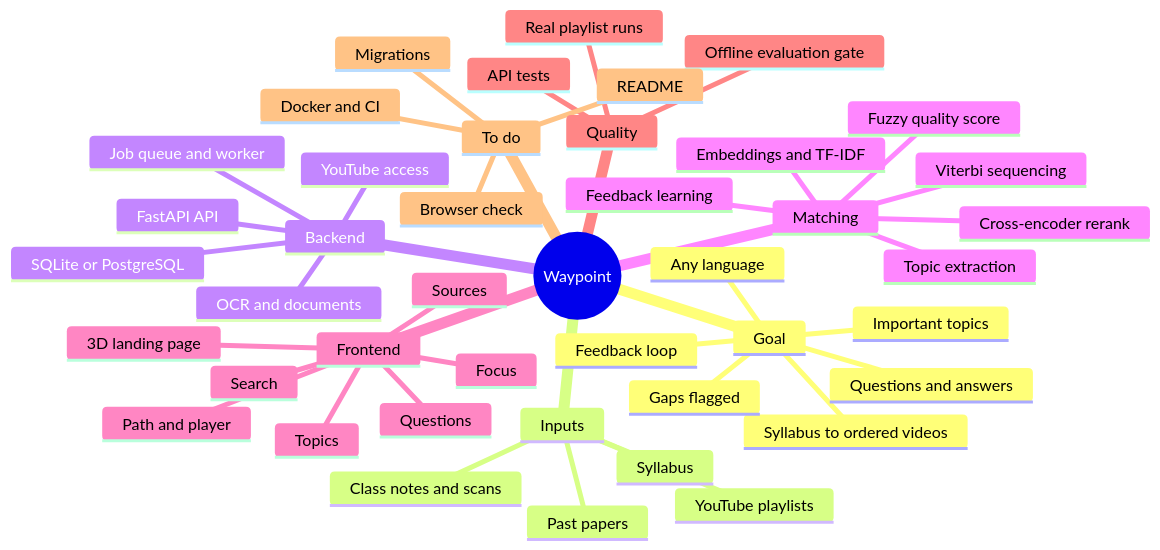
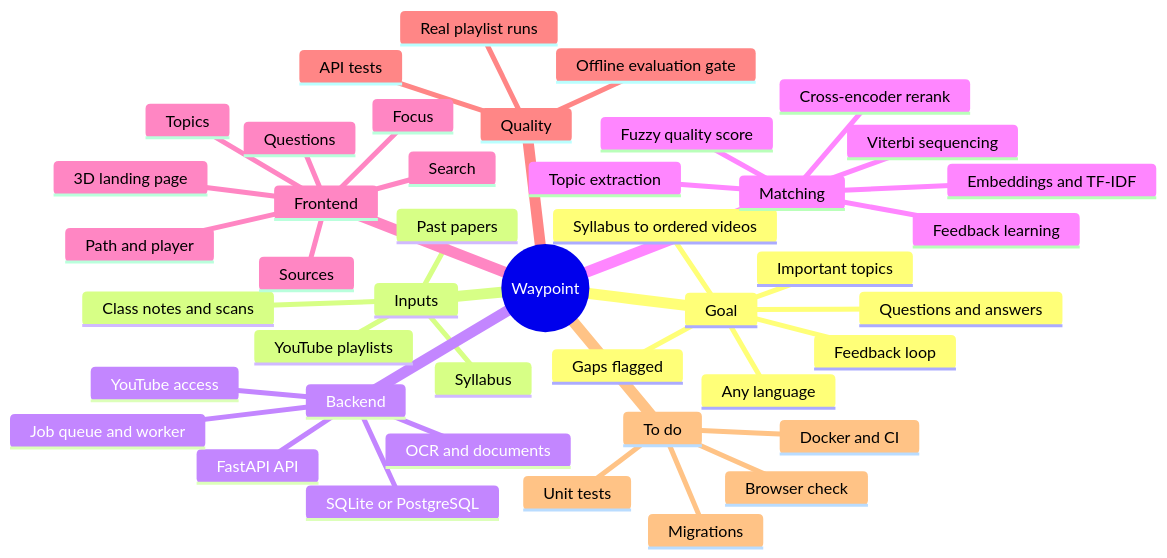
Before and after one commit to R-PAl-AIhub/Ai-powered-video-recommendation-system-for-students: the diagram in docs/Project Map.md, drawn with Mermaid. The commit also changed 5 other files, not shown here.

````diff
--- a/docs/Project Map.md
+++ b/docs/Project Map.md
@@ -16,46 +16,46 @@
 ```mermaid
 mindmap
   root((Waypoint))
     Goal
       Syllabus to ordered videos
       Gaps flagged
       Important topics
       Questions and answers
       Feedback loop
       Any language
     Inputs
       YouTube playlists
       Syllabus
       Past papers
       Class notes and scans
     Backend
       FastAPI API
       Job queue and worker
       SQLite or PostgreSQL
       YouTube access
       OCR and documents
     Matching
       Topic extraction
       Embeddings and TF-IDF
       Cross-encoder rerank
       Fuzzy quality score
       Viterbi sequencing
       Feedback learning
     Frontend
       3D landing page
       Sources
       Path and player
       Focus
       Questions
       Search
       Topics
     Quality
       API tests
       Offline evaluation gate
       Real playlist runs
     To do
       Browser check
       Migrations
       Docker and CI
-      README
+      Unit tests
 ```
````
